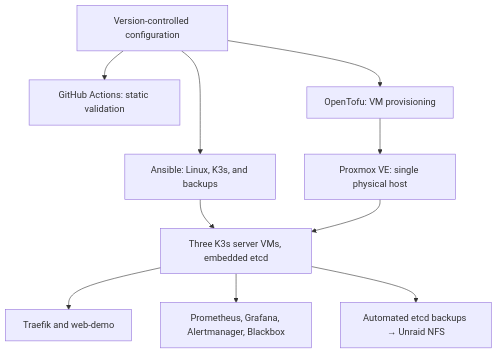
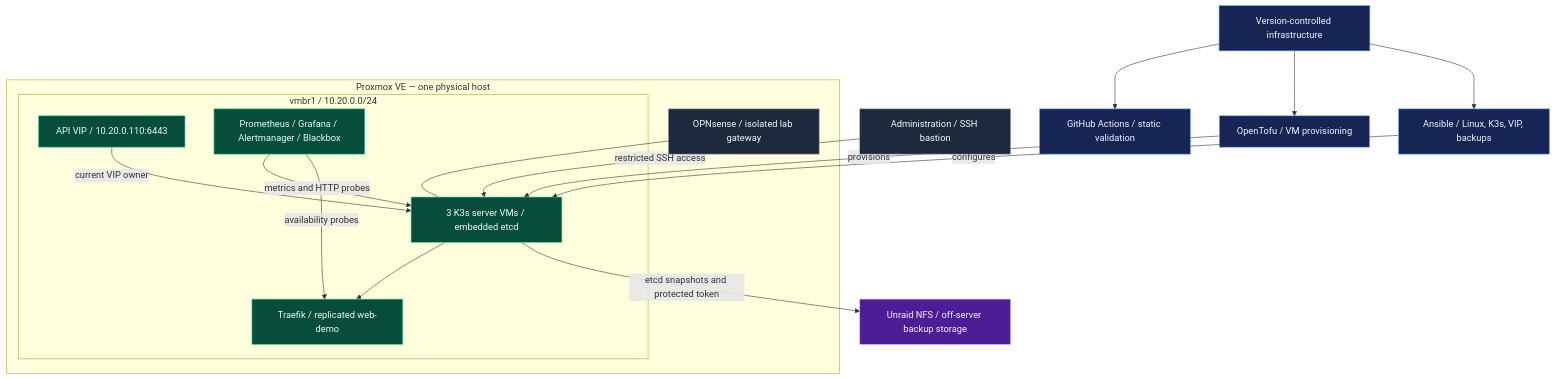
One commit to Capasiter/homelab-portfolio changed the first of 2 diagrams in README.md. Above: the diagram before and after it, drawn with Mermaid. The commit also changed other lines of this file and 3 other files, not shown here.

First line of the commit message:
docs: showcase API VIP failover validation (#23)

````diff
--- a/README.md
+++ b/README.md
@@ -12,12 +30,36 @@
 ```mermaid
 flowchart TD
-    Source["Version-controlled configuration"] --> CI["GitHub Actions: static validation"]
-    Source --> Tofu["OpenTofu: VM provisioning"]
-    Source --> Ansible["Ansible: Linux, K3s, and backups"]
-    Tofu --> Proxmox["Proxmox VE: single physical host"]
-    Ansible --> Cluster["Three K3s server VMs, embedded etcd"]
-    Proxmox --> Cluster
-    Cluster --> Workload["Traefik and web-demo"]
-    Cluster --> Monitoring["Prometheus, Grafana, Alertmanager, Blackbox"]
-    Cluster --> Backup["Automated etcd backups → Unraid NFS"]
+    Git["Version-controlled infrastructure"] --> CI["GitHub Actions / static validation"]
+    Git --> Tofu["OpenTofu / VM provisioning"]
+    Git --> Ansible["Ansible / Linux, K3s, VIP, backups"]
+    Admin["Administration / SSH bastion"]
+
+    subgraph PVE["Proxmox VE — one physical host"]
+        Gateway["OPNsense / isolated lab gateway"]
+        subgraph Lab["vmbr1 / 10.20.0.0/24"]
+            VIP["API VIP / 10.20.0.110:6443"]
+            Cluster["3 K3s server VMs / embedded etcd"]
+            App["Traefik / replicated web-demo"]
+            Observe["Prometheus / Grafana / Alertmanager / Blackbox"]
+        end
+        Gateway --- Cluster
+        VIP -->|"current VIP owner"| Cluster
+        Cluster --> App
+        Observe -->|"metrics and HTTP probes"| Cluster
+        Observe -->|"availability probes"| App
+    end
+
+    Tofu -->|"provisions"| Cluster
+    Ansible -->|"configures"| Cluster
+    Admin -->|"restricted SSH access"| Cluster
+    Cluster -->|"etcd snapshots and protected token"| Backup["Unraid NFS / off-server backup storage"]
+
+    classDef delivery fill:#172554,stroke:#60a5fa,color:#eff6ff
+    classDef runtime fill:#064e3b,stroke:#34d399,color:#ecfdf5
+    classDef recovery fill:#4c1d95,stroke:#c4b5fd,color:#f5f3ff
+    classDef boundary fill:#1e293b,stroke:#94a3b8,color:#f8fafc
+    class Git,CI,Tofu,Ansible delivery
+    class VIP,Cluster,App,Observe runtime
+    class Backup recovery
+    class Admin,Gateway boundary
 ```
````
